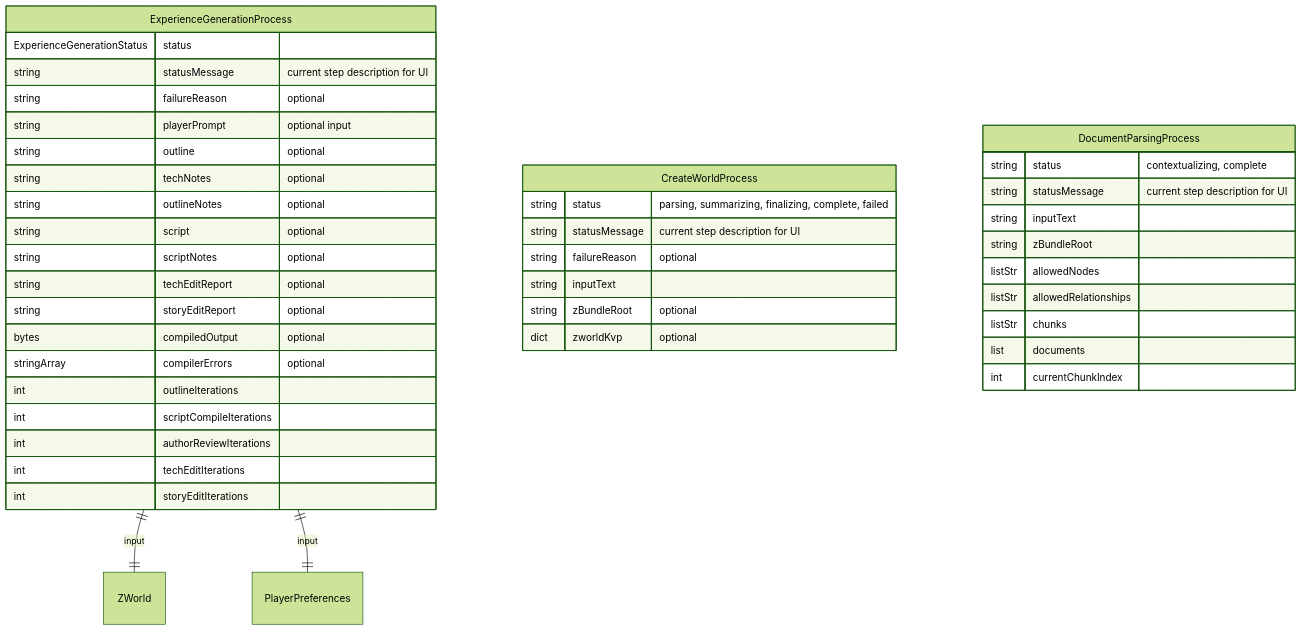
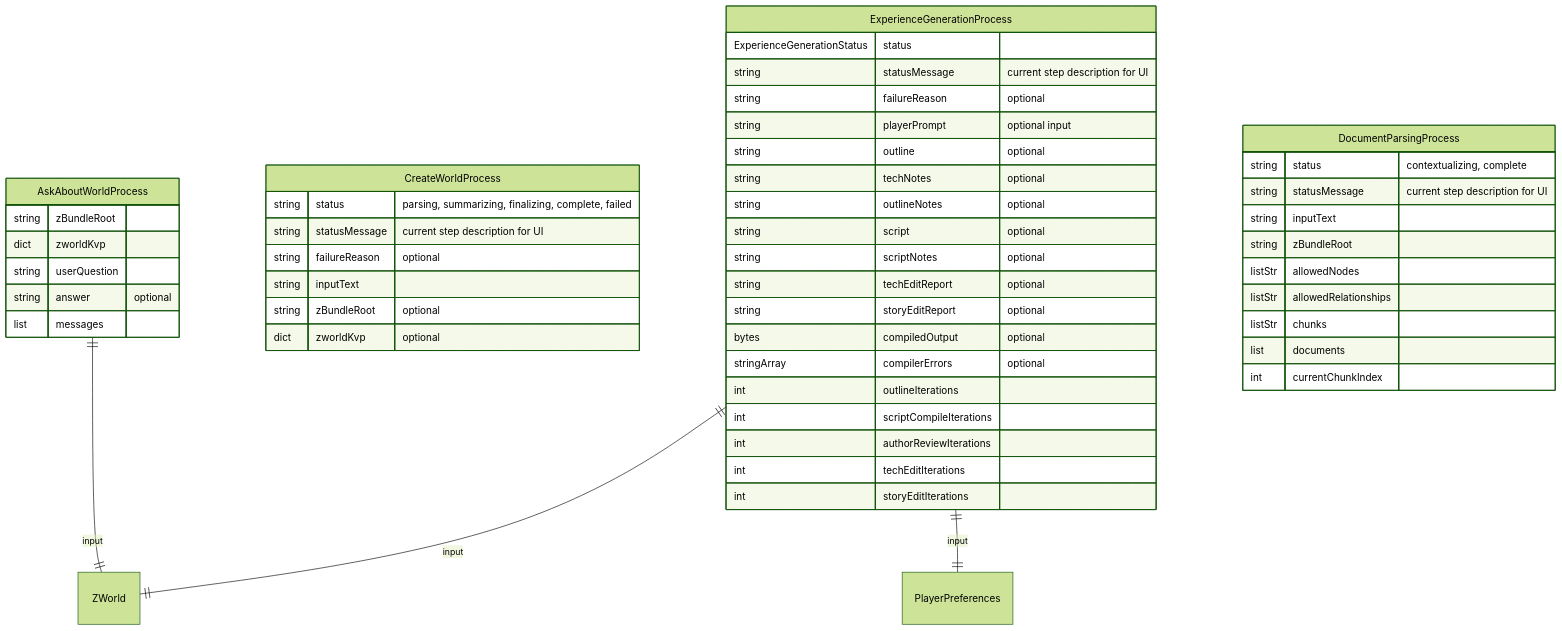
The fourth of 4 diagrams in docs/ER Diagram.md (peterbaileyct/zforge), drawn with Mermaid (forest theme) before and after one commit. The commit also changed other lines of this file and 10 other files, not shown here.

Commit message:
Implemented "ask about world".

````diff
--- a/docs/ER Diagram.md
+++ b/docs/ER Diagram.md
@@ -124,45 +124,53 @@
 ```mermaid
 erDiagram
     ExperienceGenerationProcess {
         ExperienceGenerationStatus status
         string statusMessage "current step description for UI"
         string failureReason "optional"
         string playerPrompt "optional input"
         string outline "optional"
         string techNotes "optional"
         string outlineNotes "optional"
         string script "optional"
         string scriptNotes "optional"
         string techEditReport "optional"
         string storyEditReport "optional"
         bytes compiledOutput "optional"
         stringArray compilerErrors "optional"
         int outlineIterations
         int scriptCompileIterations
         int authorReviewIterations
         int techEditIterations
         int storyEditIterations
     }
     CreateWorldProcess {
         string status "parsing, summarizing, finalizing, complete, failed"
         string statusMessage "current step description for UI"
         string failureReason "optional"
         string inputText
         string zBundleRoot "optional"
         dict zworldKvp "optional"
     }
+    AskAboutWorldProcess {
+        string zBundleRoot
+        dict zworldKvp
+        string userQuestion
+        string answer "optional"
+        list messages
+    }
     DocumentParsingProcess {
         string status "contextualizing, complete"
         string statusMessage "current step description for UI"
         string inputText
         string zBundleRoot
         listStr allowedNodes
         listStr allowedRelationships
         listStr chunks
         list documents
         int currentChunkIndex
     }
 
     ExperienceGenerationProcess ||--|| ZWorld : "input"
     ExperienceGenerationProcess ||--|| PlayerPreferences : "input"
+    AskAboutWorldProcess ||--|| ZWorld : "input"
 ```
````
